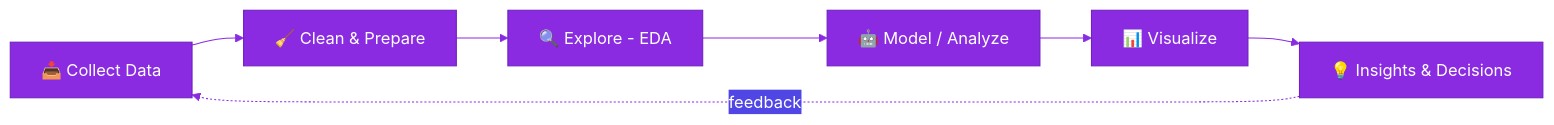
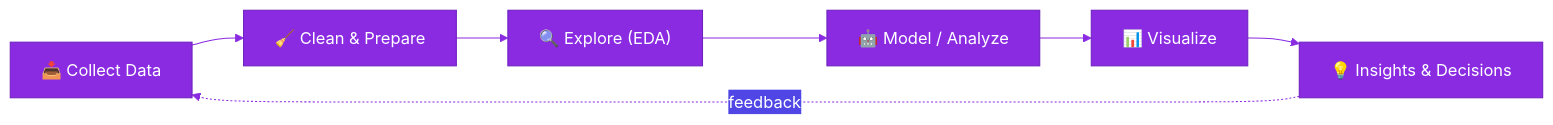
One commit to Sajidnihal52/Sajidnihal52 changed the second of 4 diagrams in README.md. Above: the diagram before and after it, drawn with Mermaid. The commit also changed other lines of this file, not shown here.

````diff
--- a/README.md
+++ b/README.md
@@ -101,10 +100,10 @@
 ```mermaid
 %%{init: {'theme':'base','themeVariables':{'primaryColor':'#8A2BE2','primaryTextColor':'#ffffff','primaryBorderColor':'#6D1FBF','lineColor':'#8A2BE2','secondaryColor':'#4F46E5','tertiaryColor':'#1e1e2e'}}}%%
 flowchart LR
-    A[📥 Collect Data] --> B[🧹 Clean & Prepare]
-    B --> C[🔍 Explore - EDA]
-    C --> D[🤖 Model / Analyze]
-    D --> E[📊 Visualize]
-    E --> F[💡 Insights & Decisions]
-    F -.feedback.-> A
+    A["📥 Collect Data"] --> B["🧹 Clean & Prepare"]
+    B --> C["🔍 Explore (EDA)"]
+    C --> D["🤖 Model / Analyze"]
+    D --> E["📊 Visualize"]
+    E --> F["💡 Insights & Decisions"]
+    F -. feedback .-> A
 ```
````
